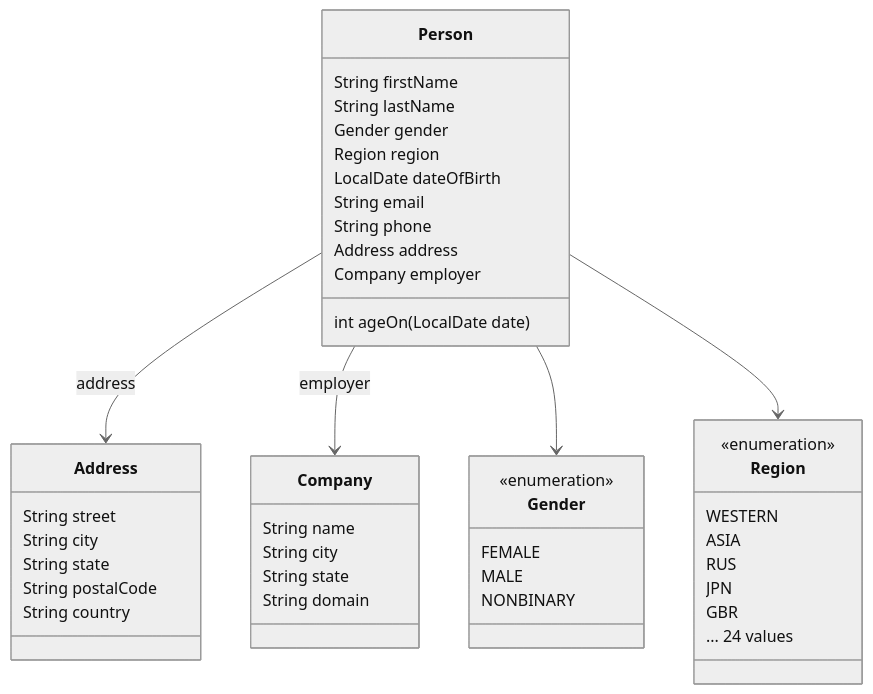
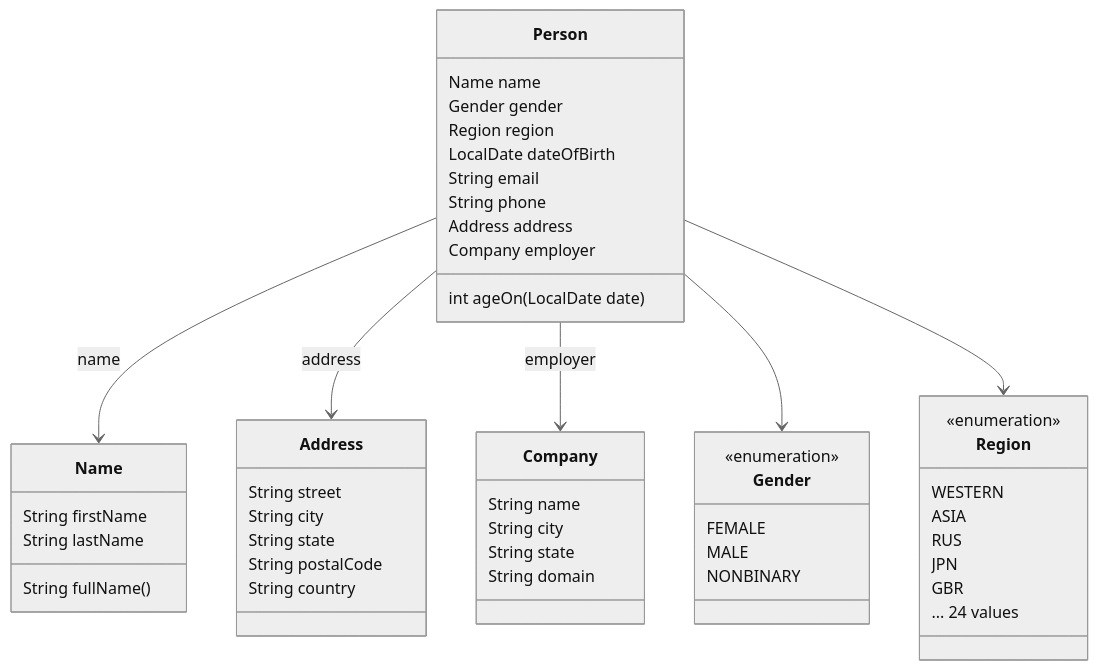
The diagram in README.md (tauasa/faux-person), drawn with Mermaid (neutral theme) before and after one commit. The commit also changed other lines of this file and 21 other files, not shown here.

````diff
--- a/README.md
+++ b/README.md
@@ -38,47 +42,52 @@
 ```mermaid
 classDiagram
     class Person {
-        String firstName
-        String lastName
+        Name name
         Gender gender
         Region region
         LocalDate dateOfBirth
         String email
         String phone
         Address address
         Company employer
         int ageOn(LocalDate date)
+    }
+    class Name {
+        String firstName
+        String lastName
+        String fullName()
     }
     class Address {
         String street
         String city
         String state
         String postalCode
         String country
     }
     class Company {
         String name
         String city
         String state
         String domain
     }
     class Gender {
         <<enumeration>>
         FEMALE
         MALE
         NONBINARY
     }
     class Region {
         <<enumeration>>
         WESTERN
         ASIA
         RUS
         JPN
         GBR
         ... 24 values
     }
+    Person --> Name : name
     Person --> Address : address
     Person --> Company : employer
     Person --> Gender
     Person --> Region
 ```
````
